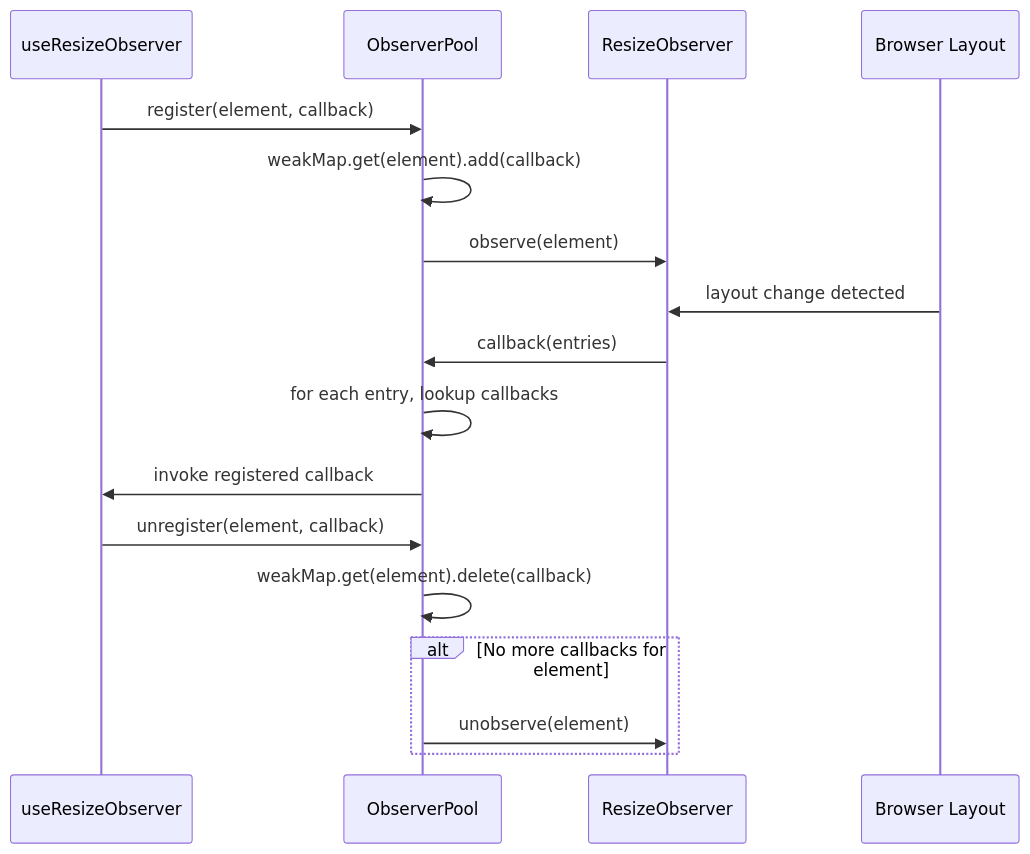
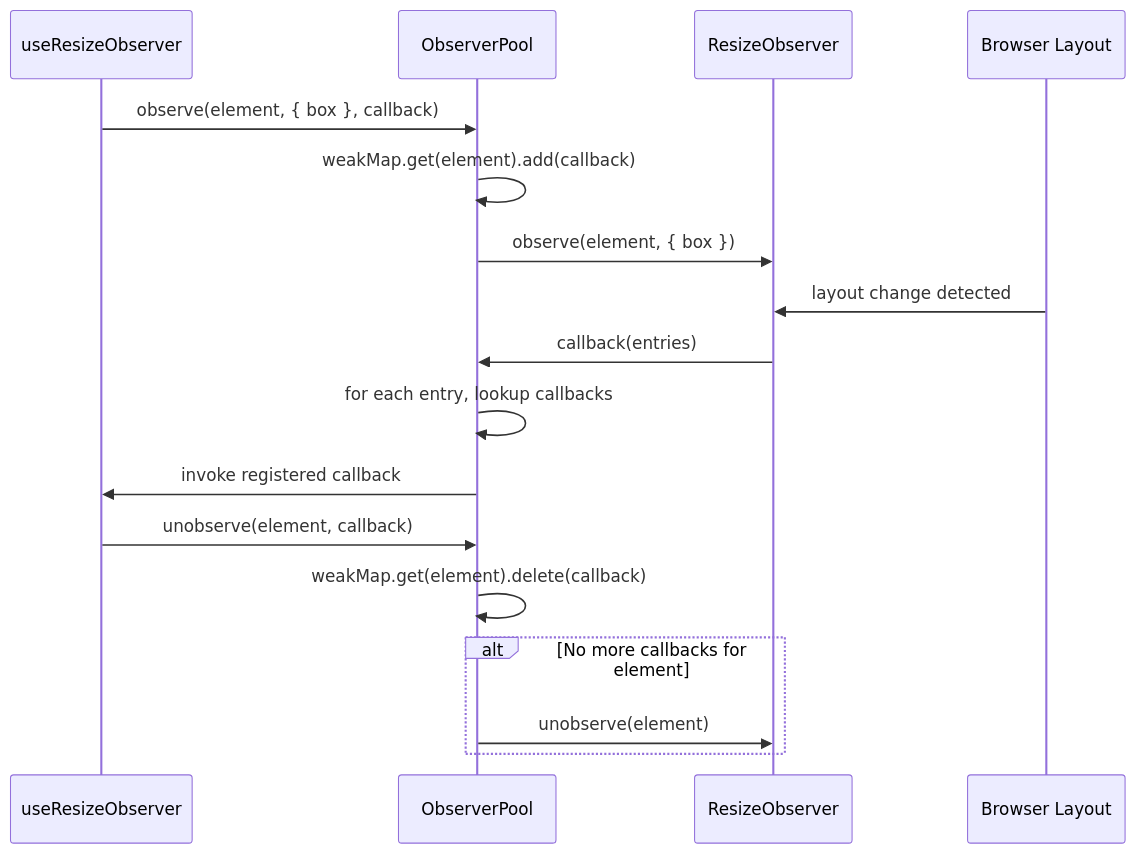
Before and after one commit to ABCrimson/use-resize-observer: the second of 5 diagrams in docs/guide/architecture.md, drawn with Mermaid. The commit also changed other lines of this file and 35 other files, not shown here.

````diff
--- a/docs/guide/architecture.md
+++ b/docs/guide/architecture.md
@@ -46,22 +46,22 @@
 ```mermaid
 sequenceDiagram
     participant Hook as useResizeObserver
     participant Pool as ObserverPool
     participant RO as ResizeObserver
     participant DOM as Browser Layout
 
-    Hook->>Pool: register(element, callback)
+    Hook->>Pool: observe(element, { box }, callback)
     Pool->>Pool: weakMap.get(element).add(callback)
-    Pool->>RO: observe(element)
+    Pool->>RO: observe(element, { box })
 
     DOM->>RO: layout change detected
     RO->>Pool: callback(entries)
     Pool->>Pool: for each entry, lookup callbacks
     Pool->>Hook: invoke registered callback
 
-    Hook->>Pool: unregister(element, callback)
+    Hook->>Pool: unobserve(element, callback)
     Pool->>Pool: weakMap.get(element).delete(callback)
     alt No more callbacks for element
         Pool->>RO: unobserve(element)
     end
 ```
````
